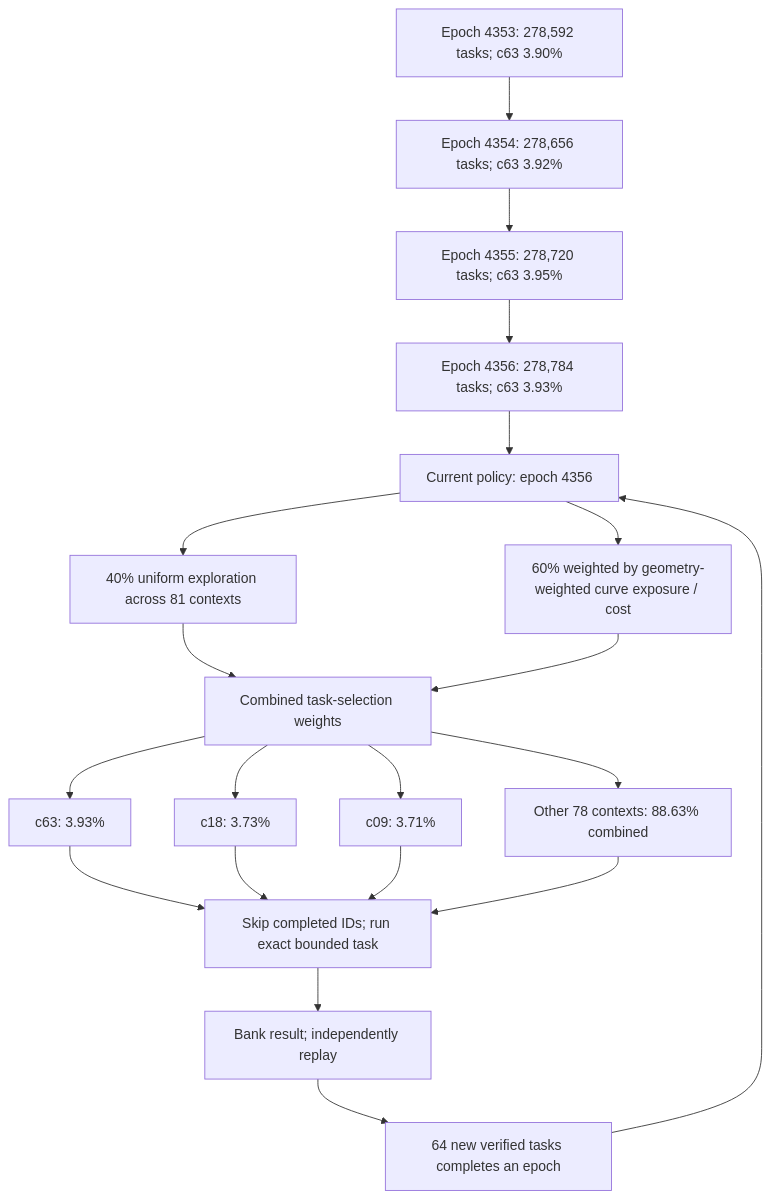
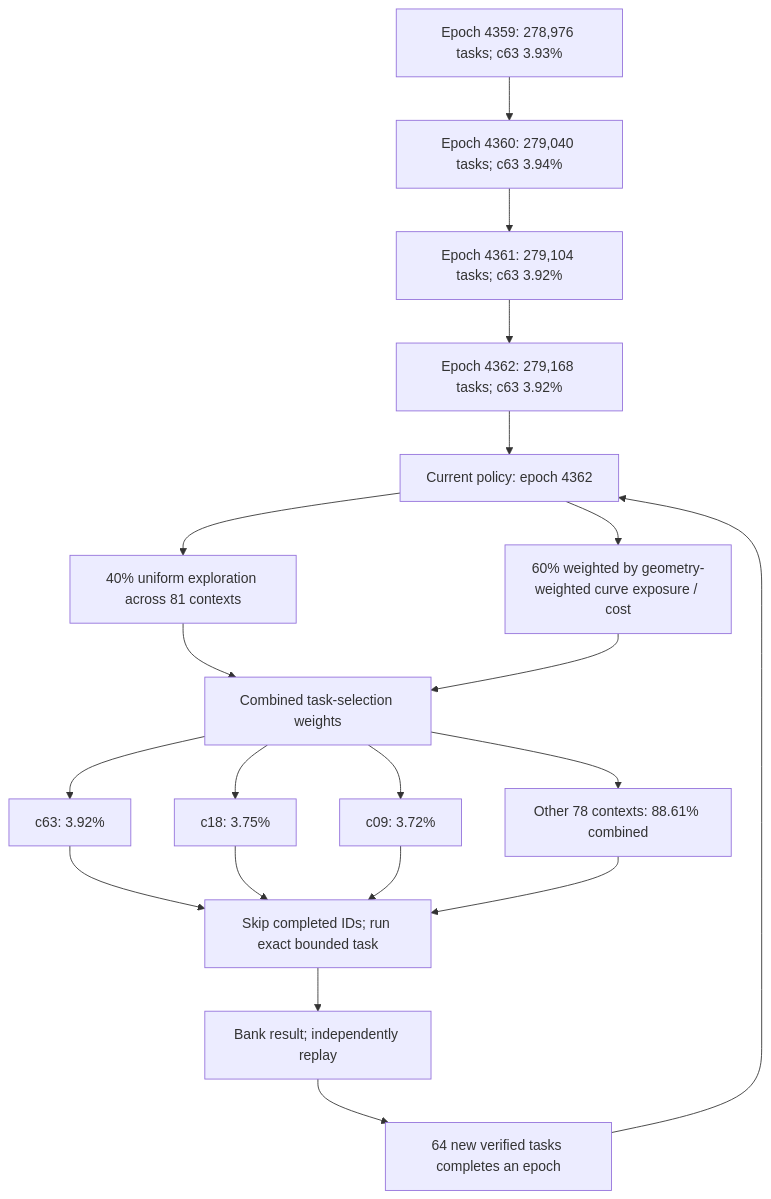
Before and after one commit to Kuberwastaken/math-gambling: the first of 3 diagrams in README.md, drawn with Mermaid. The commit also changed other lines of this file and 2981 other files, not shown here.

````diff
--- a/README.md
+++ b/README.md
@@ -60,27 +60,27 @@
 ```mermaid
 flowchart TD
-    H0["Epoch 4353: 278,592 tasks; c63 3.90%"]
-    H1["Epoch 4354: 278,656 tasks; c63 3.92%"]
+    H0["Epoch 4359: 278,976 tasks; c63 3.93%"]
+    H1["Epoch 4360: 279,040 tasks; c63 3.94%"]
     H0 --> H1
-    H2["Epoch 4355: 278,720 tasks; c63 3.95%"]
+    H2["Epoch 4361: 279,104 tasks; c63 3.92%"]
     H1 --> H2
-    H3["Epoch 4356: 278,784 tasks; c63 3.93%"]
+    H3["Epoch 4362: 279,168 tasks; c63 3.92%"]
     H2 --> H3
-    Policy["Current policy: epoch 4356"]
+    Policy["Current policy: epoch 4362"]
     H3 --> Policy
     Policy --> Explore["40% uniform exploration across 81 contexts"]
     Policy --> Cost["60% weighted by geometry-weighted curve exposure / cost"]
     Explore --> Mix["Combined task-selection weights"]
     Cost --> Mix
-    Mix --> C0["c63: 3.93%"]
-    Mix --> C1["c18: 3.73%"]
-    Mix --> C2["c09: 3.71%"]
-    Mix --> Rest["Other 78 contexts: 88.63% combined"]
+    Mix --> C0["c63: 3.92%"]
+    Mix --> C1["c18: 3.75%"]
+    Mix --> C2["c09: 3.72%"]
+    Mix --> Rest["Other 78 contexts: 88.61% combined"]
     C0 --> Check["Skip completed IDs; run exact bounded task"]
     C1 --> Check
     C2 --> Check
     Rest --> Check
     Check --> Replay["Bank result; independently replay"]
     Replay --> Gate["64 new verified tasks completes an epoch"]
     Gate --> Policy
 ```
````
